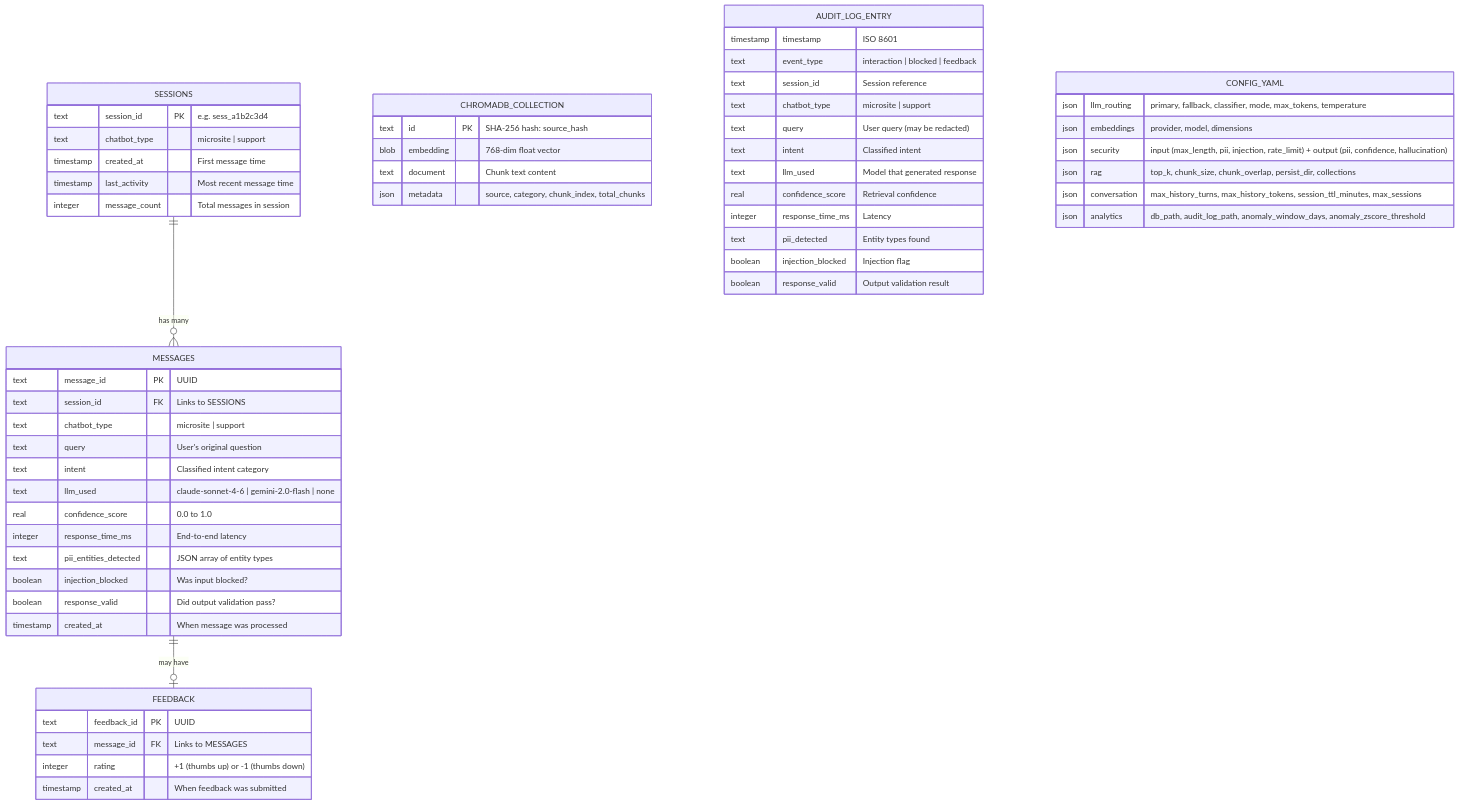
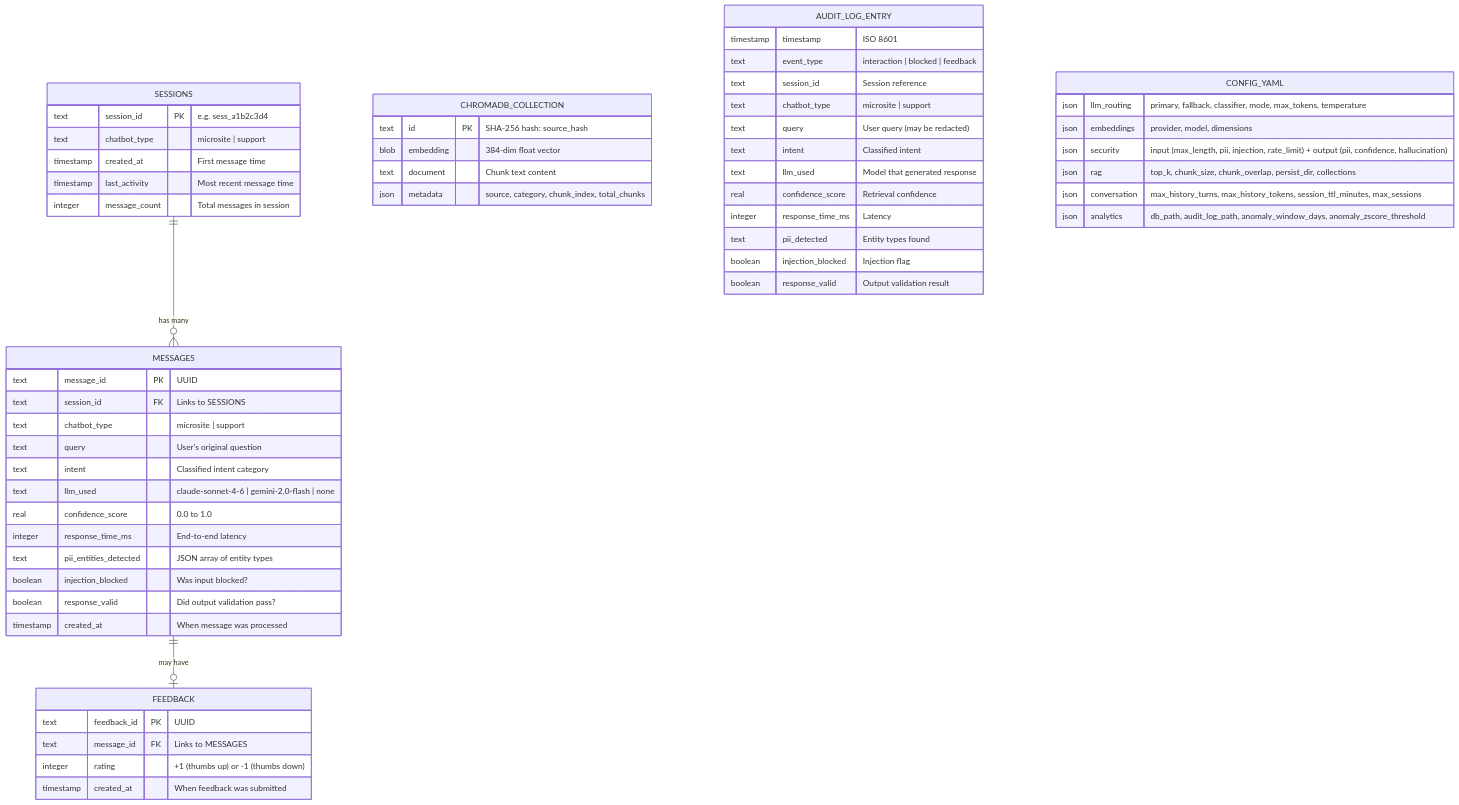
The diagram in prd/docs/diagrams/11-er-data-model.mmd (rajrkdev/ai-lab), drawn with Mermaid before and after one commit. The commit also changed 26 other files, not shown here.

```diff
--- a/prd/docs/diagrams/11-er-data-model.mmd
+++ b/prd/docs/diagrams/11-er-data-model.mmd
@@ -1,67 +1,67 @@
 %% InsureChat v3.0 — Entity-Relationship / Data Model Diagram
 %% SQLite tables, ChromaDB collections, JSONL audit log, and config structure
 
 erDiagram
     SESSIONS {
         text session_id PK "e.g. sess_a1b2c3d4"
         text chatbot_type "microsite | support"
         timestamp created_at "First message time"
         timestamp last_activity "Most recent message time"
         integer message_count "Total messages in session"
     }
 
     MESSAGES {
         text message_id PK "UUID"
         text session_id FK "Links to SESSIONS"
         text chatbot_type "microsite | support"
         text query "User's original question"
         text intent "Classified intent category"
         text llm_used "claude-sonnet-4-6 | gemini-2.0-flash | none"
         real confidence_score "0.0 to 1.0"
         integer response_time_ms "End-to-end latency"
         text pii_entities_detected "JSON array of entity types"
         boolean injection_blocked "Was input blocked?"
         boolean response_valid "Did output validation pass?"
         timestamp created_at "When message was processed"
     }
 
     FEEDBACK {
         text feedback_id PK "UUID"
         text message_id FK "Links to MESSAGES"
         integer rating "+1 (thumbs up) or -1 (thumbs down)"
         timestamp created_at "When feedback was submitted"
     }
 
     SESSIONS ||--o{ MESSAGES : "has many"
     MESSAGES ||--o| FEEDBACK : "may have"
 
     CHROMADB_COLLECTION {
         text id PK "SHA-256 hash: source_hash"
-        blob embedding "768-dim float vector"
+        blob embedding "384-dim float vector"
         text document "Chunk text content"
         json metadata "source, category, chunk_index, total_chunks"
     }
 
     AUDIT_LOG_ENTRY {
         timestamp timestamp "ISO 8601"
         text event_type "interaction | blocked | feedback"
         text session_id "Session reference"
         text chatbot_type "microsite | support"
         text query "User query (may be redacted)"
         text intent "Classified intent"
         text llm_used "Model that generated response"
         real confidence_score "Retrieval confidence"
         integer response_time_ms "Latency"
         text pii_detected "Entity types found"
         boolean injection_blocked "Injection flag"
         boolean response_valid "Output validation result"
     }
 
     CONFIG_YAML {
         json llm_routing "primary, fallback, classifier, mode, max_tokens, temperature"
         json embeddings "provider, model, dimensions"
         json security "input (max_length, pii, injection, rate_limit) + output (pii, confidence, hallucination)"
         json rag "top_k, chunk_size, chunk_overlap, persist_dir, collections"
         json conversation "max_history_turns, max_history_tokens, session_ttl_minutes, max_sessions"
         json analytics "db_path, audit_log_path, anomaly_window_days, anomaly_zscore_threshold"
     }
```
